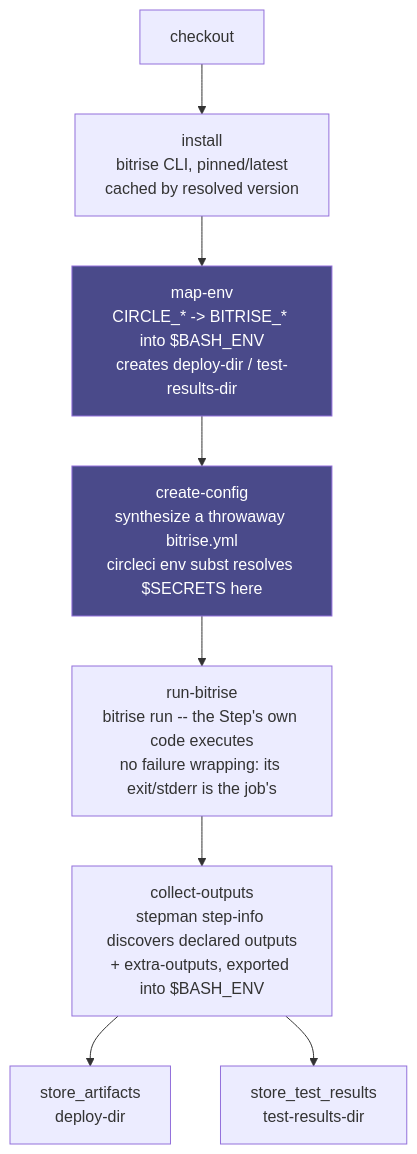
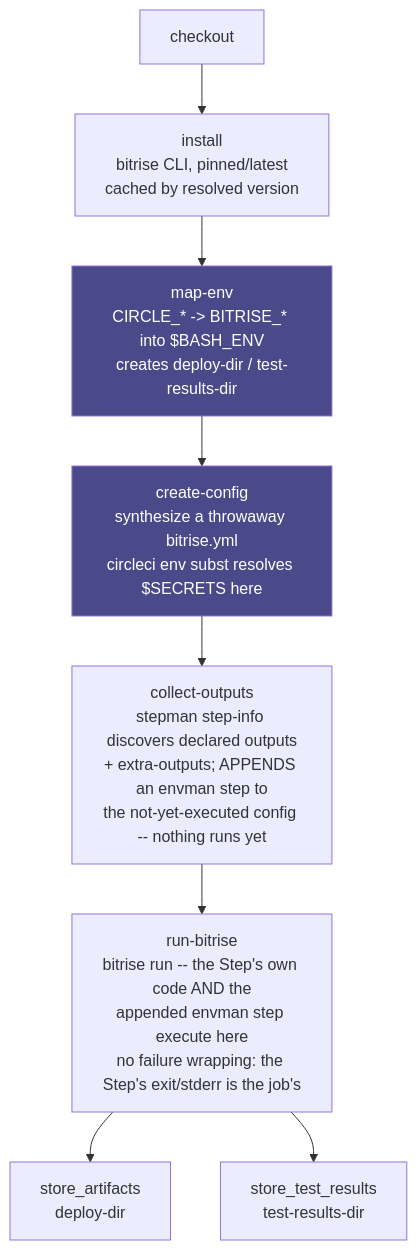
Before and after one commit to CircleCI-Labs/bitrise-orb: the diagram in README.md, drawn with Mermaid. The commit also changed other lines of this file, not shown here.

First line of the commit message:
docs: teach the vendor mapping, add commands reference, fix diagram accuracy

````diff
--- a/README.md
+++ b/README.md
@@ -40,13 +36,13 @@
 ```mermaid
 flowchart TD
     A[checkout] --> B["install<br/>bitrise CLI, pinned/latest<br/>cached by resolved version"]
     B --> C["map-env<br/>CIRCLE_* -&gt; BITRISE_* into $BASH_ENV<br/>creates deploy-dir / test-results-dir"]
     C --> D["create-config<br/>synthesize a throwaway bitrise.yml<br/>circleci env subst resolves $SECRETS here"]
-    D --> E["run-bitrise<br/>bitrise run -- the Step's own code executes<br/>no failure wrapping: its exit/stderr is the job's"]
-    E --> F["collect-outputs<br/>stepman step-info discovers declared outputs<br/>+ extra-outputs, exported into $BASH_ENV"]
+    D --> E["collect-outputs<br/>stepman step-info discovers declared outputs<br/>+ extra-outputs; APPENDS an envman step to<br/>the not-yet-executed config -- nothing runs yet"]
+    E --> F["run-bitrise<br/>bitrise run -- the Step's own code AND the<br/>appended envman step execute here<br/>no failure wrapping: the Step's exit/stderr is the job's"]
     F --> G[store_artifacts<br/>deploy-dir]
     F --> H[store_test_results<br/>test-results-dir]
 
     style C fill:#4a4a8a,color:#fff
     style D fill:#4a4a8a,color:#fff
 ```
````
